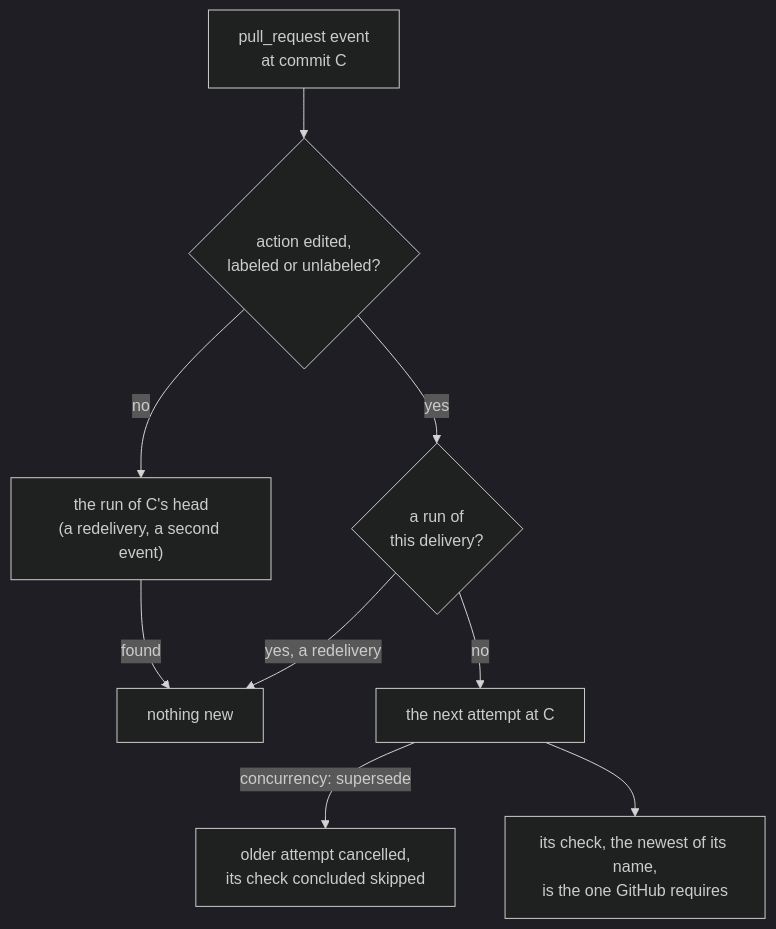
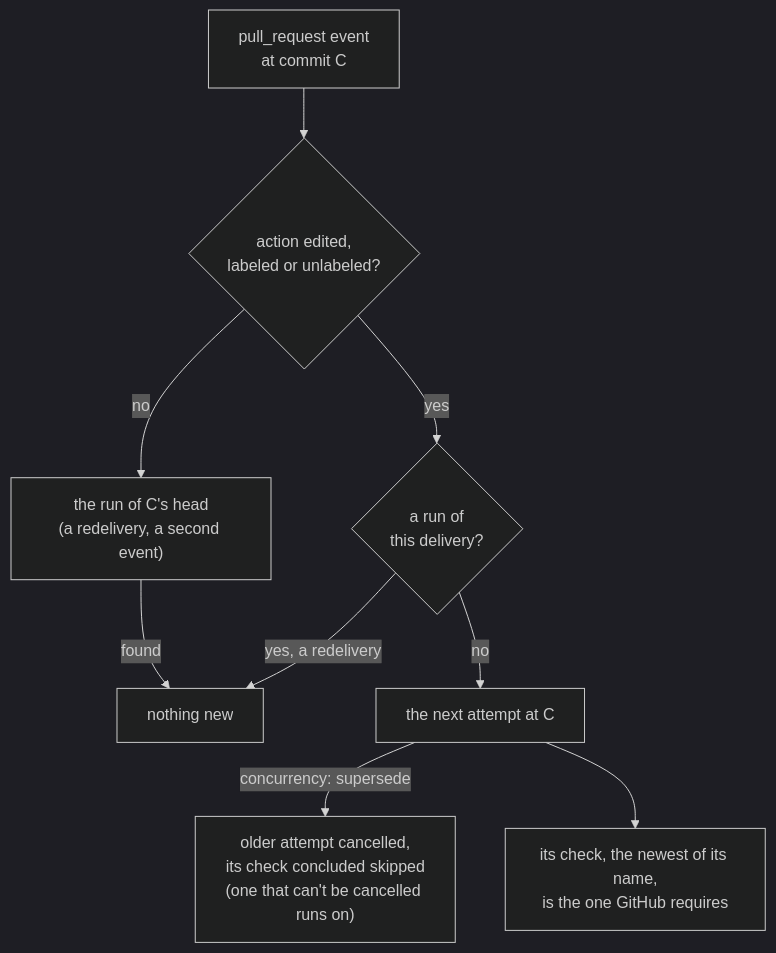
The diagram in docs/octomaton/designs/linear-check.md (arikkfir-org/octomaton), drawn with Mermaid (dark theme) before and after one commit. The commit also changed 3 other files, not shown here.

````diff
--- a/docs/octomaton/designs/linear-check.md
+++ b/docs/octomaton/designs/linear-check.md
@@ -12,11 +12,11 @@
 ```mermaid
 flowchart TD
   E["pull_request event<br/>at commit C"] --> T{"action edited,<br/>labeled or unlabeled?"}
   T -->|no| S["the run of C's head<br/>(a redelivery, a second event)"]
   S -->|found| X[nothing new]
   T -->|yes| D{"a run of<br/>this delivery?"}
   D -->|yes, a redelivery| X
   D -->|no| N["the next attempt at C"]
-  N -->|"concurrency: supersede"| O["older attempt cancelled,<br/>its check concluded skipped"]
+  N -->|"concurrency: supersede"| O["older attempt cancelled,<br/>its check concluded skipped<br/>(one that can't be cancelled runs on)"]
   N --> R["its check, the newest of its name,<br/>is the one GitHub requires"]
 ```
````
